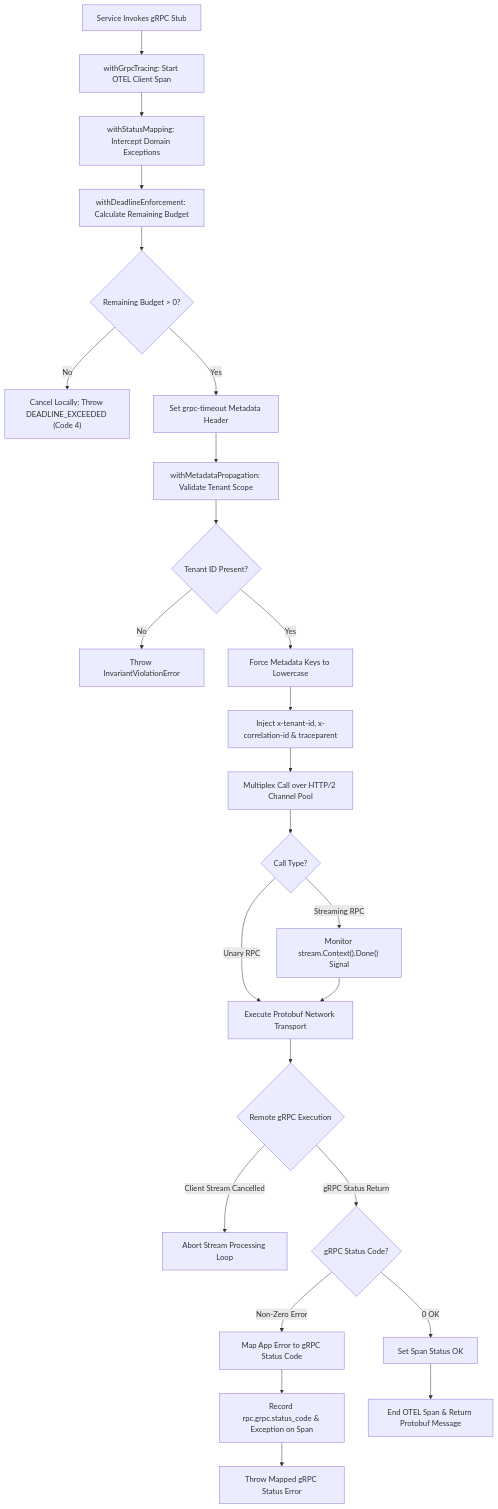
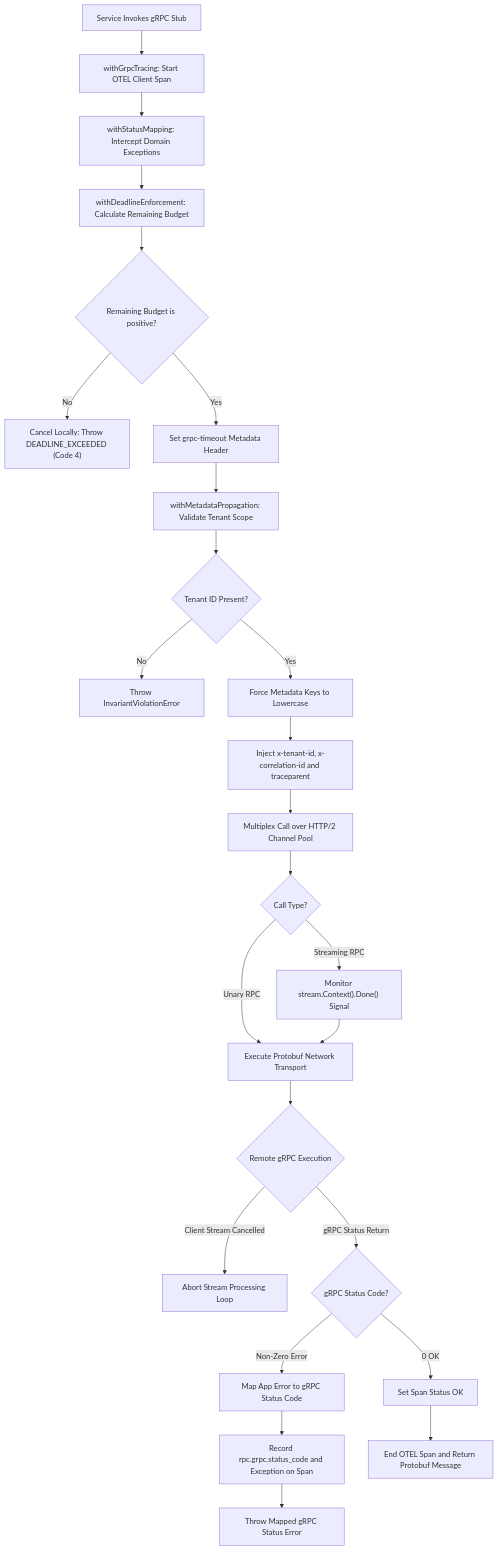
Before and after one commit to Chief-Strategist-J/llm-observability-platform: the second of 3 diagrams in policies/rules/codeQuality/middleware/grpc-middleware.md, drawn with Mermaid. The commit also changed other lines of this file and 5 other files, not shown here.

Commit message:
fix(docs): resolve Mermaid rendering syntax errors in all 6 middleware reference sequence diagrams

````diff
--- a/policies/rules/codeQuality/middleware/grpc-middleware.md
+++ b/policies/rules/codeQuality/middleware/grpc-middleware.md
@@ -69,35 +69,35 @@
 ```mermaid
 flowchart TD
     Start["Service Invokes gRPC Stub"] --> Tracing["withGrpcTracing: Start OTEL Client Span"]
     Tracing --> StatusMap["withStatusMapping: Intercept Domain Exceptions"]
     
     StatusMap --> DeadlineEnforce["withDeadlineEnforcement: Calculate Remaining Budget"]
-    DeadlineEnforce --> BudgetCheck{"Remaining Budget > 0?"}
+    DeadlineEnforce --> BudgetCheck{"Remaining Budget is positive?"}
     
     BudgetCheck -- "No" --> ThrowDeadline["Cancel Locally: Throw DEADLINE_EXCEEDED (Code 4)"]
     BudgetCheck -- "Yes" --> InjectTimeout["Set grpc-timeout Metadata Header"]
     
     InjectTimeout --> MetadataProp["withMetadataPropagation: Validate Tenant Scope"]
     MetadataProp --> TenantValid{"Tenant ID Present?"}
     TenantValid -- "No" --> ThrowTenantErr["Throw InvariantViolationError"]
     TenantValid -- "Yes" --> LowercaseHeaders["Force Metadata Keys to Lowercase"]
     
-    LowercaseHeaders --> InjectHeaders["Inject x-tenant-id, x-correlation-id & traceparent"]
+    LowercaseHeaders --> InjectHeaders["Inject x-tenant-id, x-correlation-id and traceparent"]
     InjectHeaders --> ChannelExec["Multiplex Call over HTTP/2 Channel Pool"]
     
     ChannelExec --> IsStream{"Call Type?"}
     IsStream -- "Streaming RPC" --> StreamListen["Monitor stream.Context().Done() Signal"]
     IsStream -- "Unary RPC" --> RawExec["Execute Protobuf Network Transport"]
     StreamListen --> RawExec
     
     RawExec --> NetworkCall{"Remote gRPC Execution"}
     NetworkCall -- "Client Stream Cancelled" --> AbortStream["Abort Stream Processing Loop"]
     NetworkCall -- "gRPC Status Return" --> ResponseStatus{"gRPC Status Code?"}
     
     ResponseStatus -- "0 OK" --> CompleteSpan["Set Span Status OK"]
     ResponseStatus -- "Non-Zero Error" --> TranslateStatus["Map App Error to gRPC Status Code"]
     
-    TranslateStatus --> CompleteErrorSpan["Record rpc.grpc.status_code & Exception on Span"]
-    CompleteSpan --> EndSpan["End OTEL Span & Return Protobuf Message"]
+    TranslateStatus --> CompleteErrorSpan["Record rpc.grpc.status_code and Exception on Span"]
+    CompleteSpan --> EndSpan["End OTEL Span and Return Protobuf Message"]
     CompleteErrorSpan --> EndSpanError["Throw Mapped gRPC Status Error"]
 ```
````
